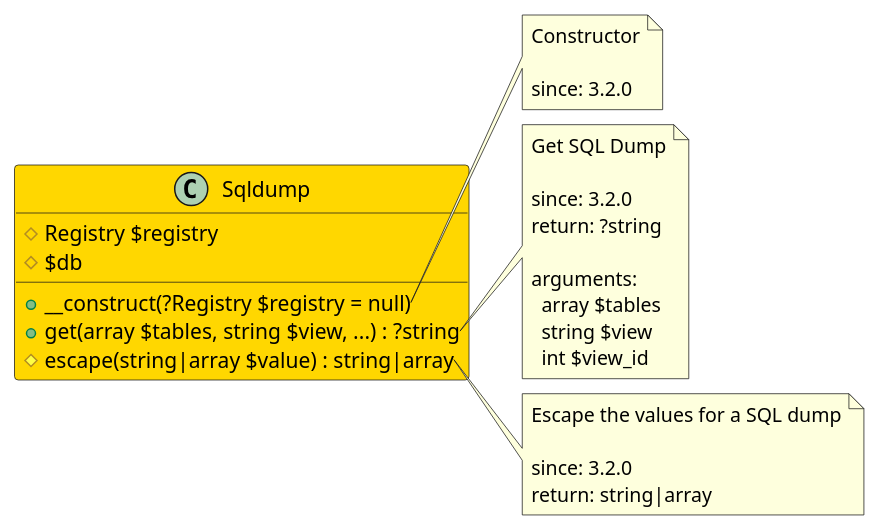
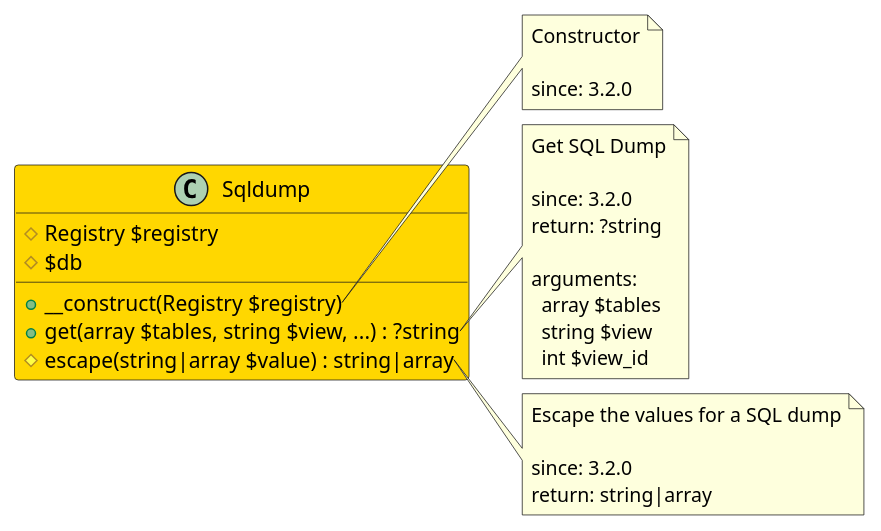
The diagram in src/a6e1227c-1efe-407d-84ef-03c6989a6a88/README.md (joomengine/jcb-compiler), drawn with PlantUML before and after one commit. The commit also changed 37 other files, not shown here.

````diff
--- a/src/a6e1227c-1efe-407d-84ef-03c6989a6a88/README.md
+++ b/src/a6e1227c-1efe-407d-84ef-03c6989a6a88/README.md
@@ -12,37 +12,37 @@
 ```uml
 @startuml
 class Sqldump  #Gold {
   # Registry $registry
   # $db
-  + __construct(?Registry $registry = null)
+  + __construct(Registry $registry)
   + get(array $tables, string $view, ...) : ?string
   # escape(string|array $value) : string|array
 }
 
 note right of Sqldump::__construct
   Constructor
 
   since: 3.2.0
 end note
 
 note right of Sqldump::get
   Get SQL Dump
 
   since: 3.2.0
   return: ?string
   
   arguments:
     array $tables
     string $view
     int $view_id
 end note
 
 note right of Sqldump::escape
   Escape the values for a SQL dump
 
   since: 3.2.0
   return: string|array
 end note
  
 @enduml
 ```
````
